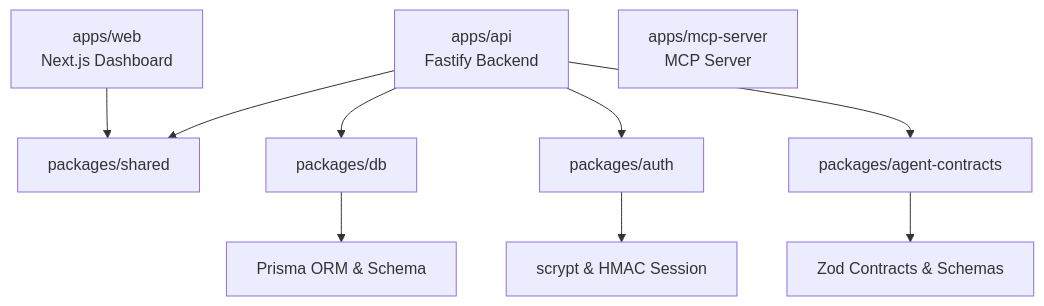
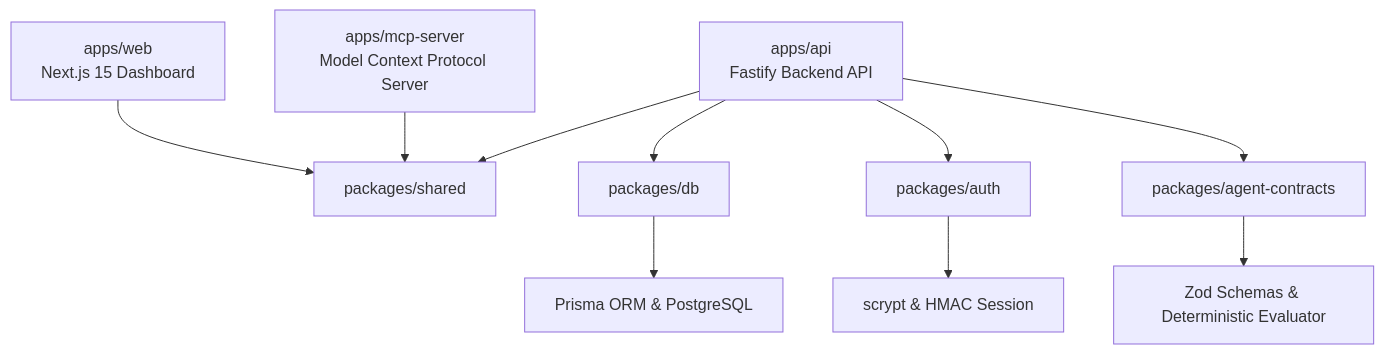
One commit to Deadeye102000/Agentready changed the diagram in docs/implementation-context.md. Above: the diagram before and after it, drawn with Mermaid. The commit also changed other lines of this file and 5 other files, not shown here.

````diff
--- a/docs/implementation-context.md
+++ b/docs/implementation-context.md
@@ -13,13 +13,13 @@
 ```mermaid
 graph TD
-    apps/web[apps/web<br>Next.js Dashboard] --> packages/shared
-    apps/api[apps/api<br>Fastify Backend] --> packages/shared
+    apps/web[apps/web<br>Next.js 15 Dashboard] --> packages/shared
+    apps/api[apps/api<br>Fastify Backend API] --> packages/shared
     apps/api --> packages/db
     apps/api --> packages/auth
     apps/api --> packages/agent-contracts
-    apps/mcp-server[apps/mcp-server<br>MCP Server]
+    apps/mcp-server[apps/mcp-server<br>Model Context Protocol Server] --> packages/shared
     
-    packages/db --> Prisma[Prisma ORM & Schema]
+    packages/db --> Prisma[Prisma ORM & PostgreSQL]
     packages/auth --> Crypto[scrypt & HMAC Session]
-    packages/agent-contracts --> Contracts[Zod Contracts & Schemas]
+    packages/agent-contracts --> Contracts[Zod Schemas & Deterministic Evaluator]
 ```
````
